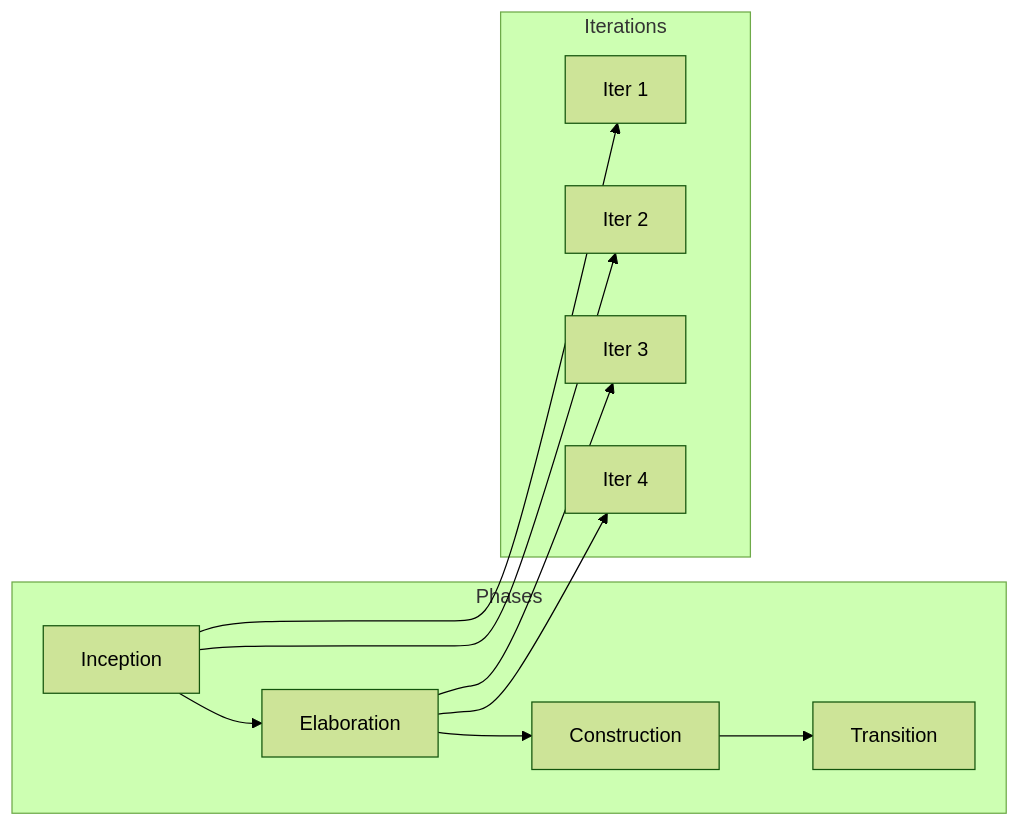
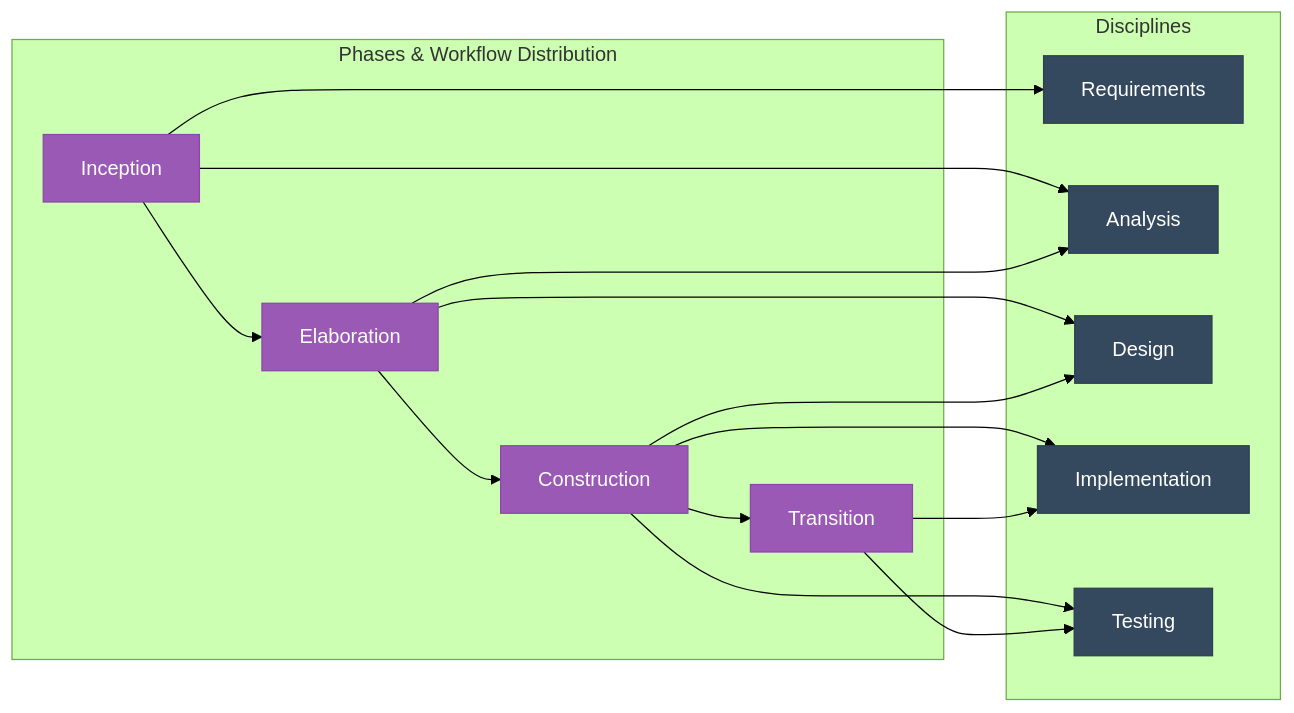
One commit to Raushan666java/ai-engineering-journey changed the sixth of 8 diagrams in docs/courses/software-engineering/01-process-models.md. Above: the diagram before and after it, drawn with Mermaid (forest theme). The commit also changed other lines of this file and 15 other files, not shown here.

Commit message:
deploy: software-engineering overhaul - 16 chapters expanded to avg 1284L (+7649L), richer Mermaid, more TS, deeper content

````diff
--- a/docs/courses/software-engineering/01-process-models.md
+++ b/docs/courses/software-engineering/01-process-models.md
@@ -144,14 +200,29 @@
 ```mermaid
 graph LR
-    subgraph "Phases"
+    subgraph "Phases & Workflow Distribution"
         P1[Inception] --> P2[Elaboration]
         P2 --> P3[Construction]
         P3 --> P4[Transition]
     end
-    subgraph "Iterations"
-        P1 --> I1[Iter 1]
-        P1 --> I2[Iter 2]
-        P2 --> I3[Iter 3]
-        P2 --> I4[Iter 4]
+    subgraph "Disciplines"
+        D1[Requirements]
+        D2[Analysis]
+        D3[Design]
+        D4[Implementation]
+        D5[Testing]
     end
+    P1 --> D1
+    P1 --> D2
+    P2 --> D2
+    P2 --> D3
+    P3 --> D3
+    P3 --> D4
+    P3 --> D5
+    P4 --> D4
+    P4 --> D5
+
+    classDef phase fill:#9b59b6,stroke:#8e44ad,color:#fff
+    classDef disc fill:#34495e,stroke:#2c3e50,color:#fff
+    class P1,P2,P3,P4 phase
+    class D1,D2,D3,D4,D5 disc
 ```
````
